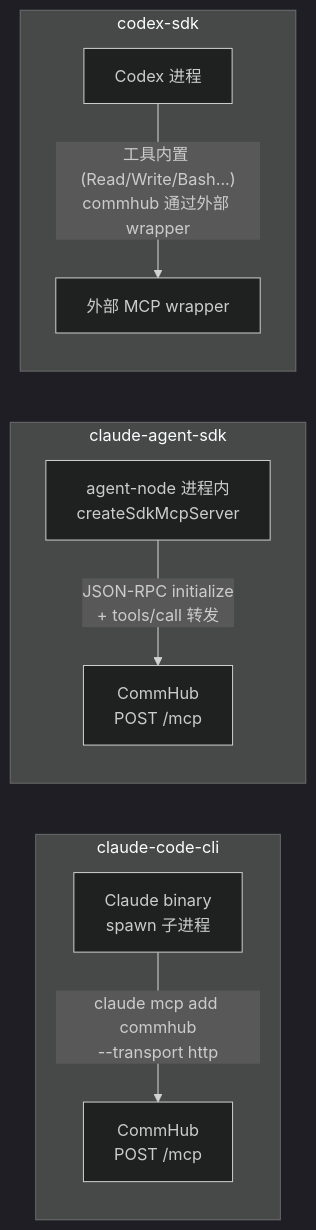
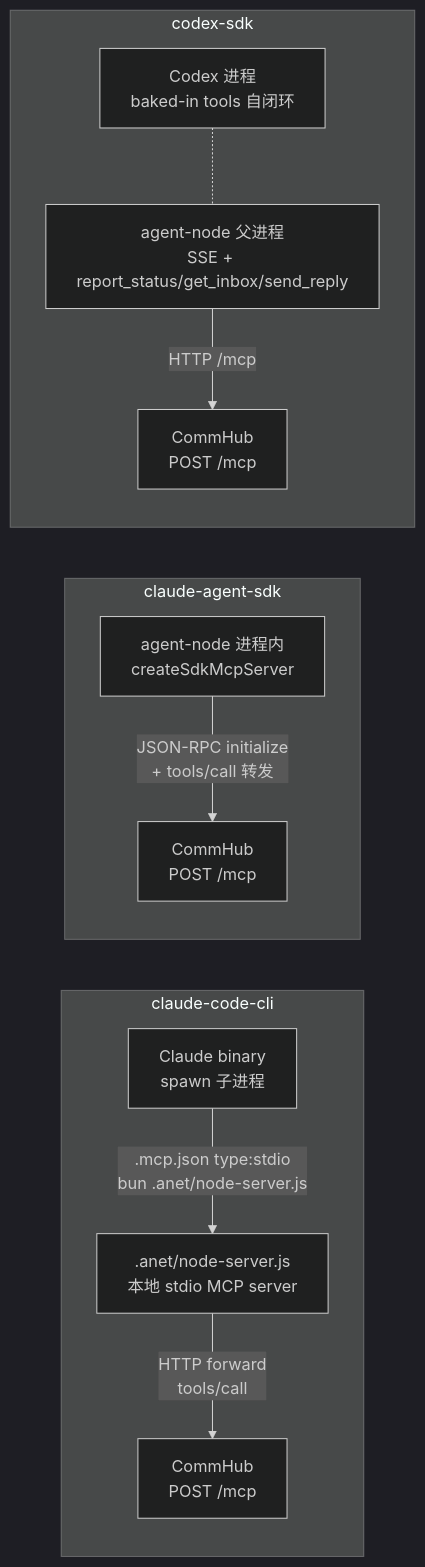
The sixth of 8 diagrams in docs-site/docs/guide/architecture.md (sleep2agi/agent-network), drawn with Mermaid (dark theme) before and after one commit. The commit also changed other lines of this file and 3 other files, not shown here.

````diff
--- a/docs-site/docs/guide/architecture.md
+++ b/docs-site/docs/guide/architecture.md
@@ -320,17 +320,19 @@
 ```mermaid
 flowchart LR
     subgraph "claude-code-cli"
         CC_BIN[Claude binary<br/>spawn 子进程]
-        CC_BIN -->|"claude mcp add commhub<br/>--transport http"| HUB_MCP1[CommHub<br/>POST /mcp]
+        CC_BIN -->|".mcp.json type:stdio<br/>bun .anet/node-server.js"| LOCAL_PROXY[".anet/node-server.js<br/>本地 stdio MCP server"]
+        LOCAL_PROXY -->|"HTTP forward<br/>tools/call"| HUB_MCP1[CommHub<br/>POST /mcp]
     end
 
     subgraph "claude-agent-sdk"
         SDK_PROC[agent-node 进程内<br/>createSdkMcpServer]
         SDK_PROC -->|"JSON-RPC initialize<br/>+ tools/call 转发"| HUB_MCP2[CommHub<br/>POST /mcp]
     end
 
     subgraph "codex-sdk"
-        CODEX_PROC[Codex 进程]
-        CODEX_PROC -->|"工具内置 (Read/Write/Bash...)<br/>commhub 通过外部 wrapper"| EXT[外部 MCP wrapper]
+        CODEX_PROC[Codex 进程<br/>baked-in tools 自闭环]
+        CODEX_PROC -.- AGENT_NODE[agent-node 父进程<br/>SSE + report_status/get_inbox/send_reply]
+        AGENT_NODE -->|"HTTP /mcp"| HUB_MCP3[CommHub<br/>POST /mcp]
     end
 ```
````
